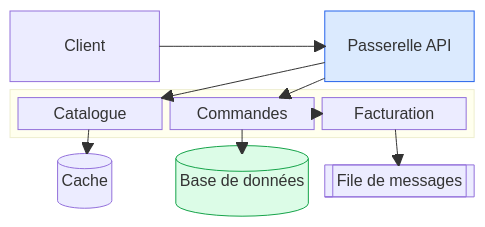
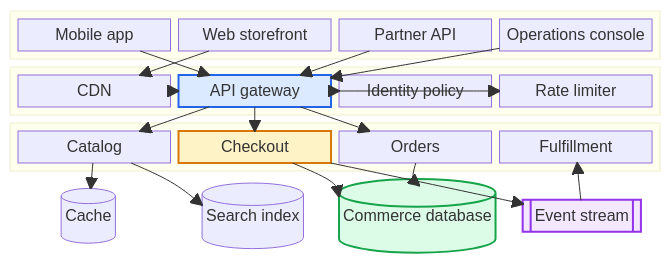
One commit to Brainfkt/mermaid-preview-offline changed the diagram in examples/23-block.mmd. Above: the diagram before and after it, drawn with Mermaid. The commit also changed 74 other files, not shown here.

```diff
--- a/examples/23-block.mmd
+++ b/examples/23-block.mmd
@@ -1,22 +1,53 @@
+---
+title: Layered commerce platform
+---
 block-beta
-  columns 3
-  client["Client"] space gateway["Passerelle API"]
+  columns 4
 
-  block:services:3
-    catalog["Catalogue"]
-    orders["Commandes"]
-    billing["Facturation"]
+  block:channels:4
+    mobile["Mobile app"]
+    storefront["Web storefront"]
+    partner["Partner API"]
+    console["Operations console"]
   end
 
-  cache[("Cache")] database[("Base de données")] queue[["File de messages"]]
+  block:edge:4
+    cdn["CDN"]
+    gateway["API gateway"]
+    identity["Identity policy"]
+    limiter["Rate limiter"]
+  end
 
-  client --> gateway
+  block:domain:4
+    catalog["Catalog"]
+    checkout["Checkout"]
+    orders["Orders"]
+    fulfillment["Fulfillment"]
+  end
+
+  cache[("Cache")]
+  search[("Search index")]
+  database[("Commerce database")]
+  events[["Event stream"]]
+
+  mobile --> gateway
+  storefront --> cdn
+  cdn --> gateway
+  partner --> gateway
+  console --> gateway
+  gateway --> identity
+  gateway --> limiter
   gateway --> catalog
+  gateway --> checkout
   gateway --> orders
-  orders --> billing
   catalog --> cache
+  catalog --> search
+  checkout --> database
+  checkout --> events
   orders --> database
-  billing --> queue
+  events --> fulfillment
 
-  style gateway fill:#dbeafe,stroke:#2563eb
-  style database fill:#dcfce7,stroke:#16a34a
+  style gateway fill:#dbeafe,stroke:#2563eb,stroke-width:2px
+  style checkout fill:#fef3c7,stroke:#d97706,stroke-width:2px
+  style database fill:#dcfce7,stroke:#16a34a,stroke-width:2px
+  style events fill:#f3e8ff,stroke:#9333ea,stroke-width:2px
```
